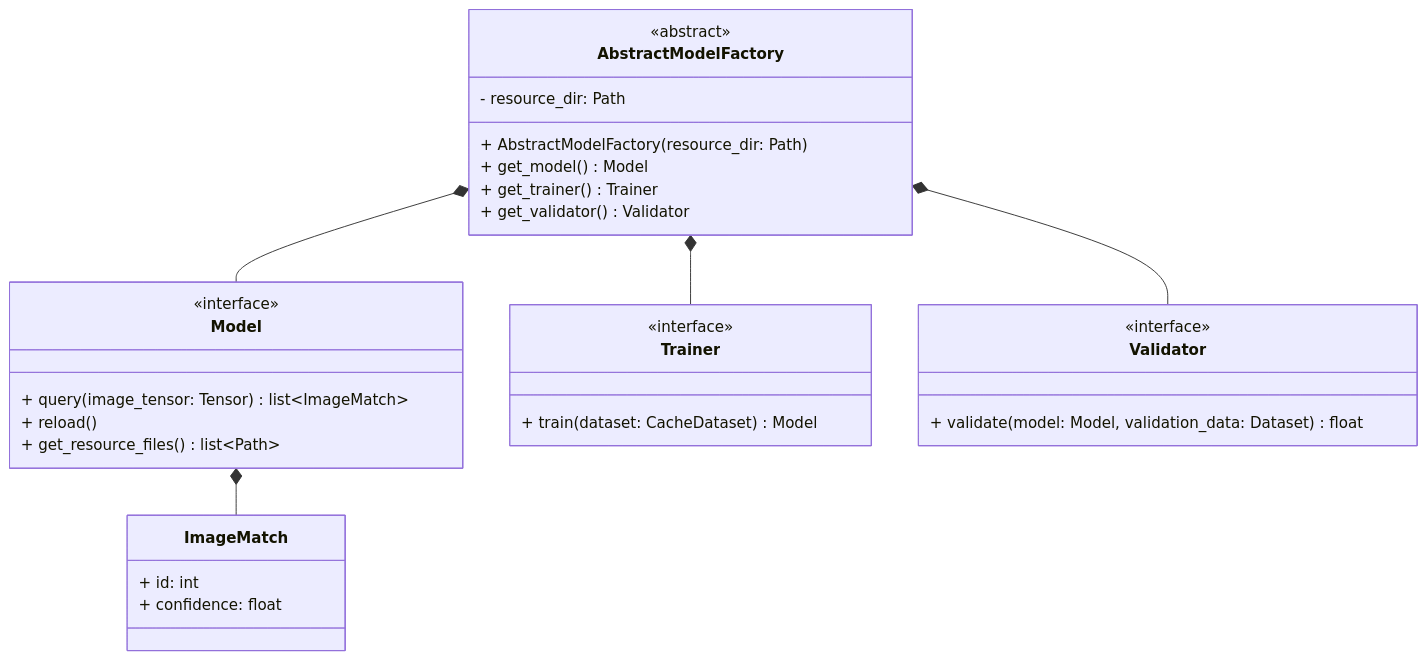
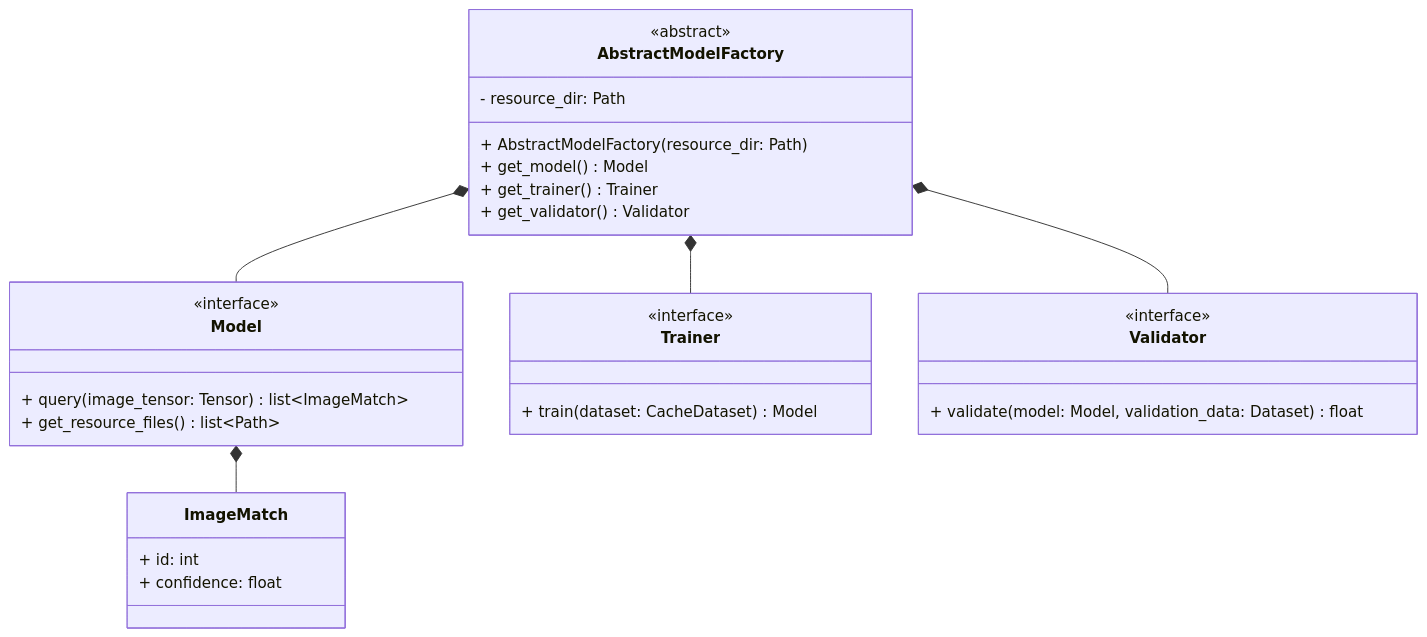
The fifth of 6 diagrams in docs/UML.md (andyblarblar/transferware.ai), drawn with Mermaid before and after one commit. The commit also changed 4 other files, not shown here.

````diff
--- a/docs/UML.md
+++ b/docs/UML.md
@@ -116,38 +116,37 @@
 ```mermaid
 classDiagram
     class ImageMatch {
         + id: int
         + confidence: float
     }
     
     class Model {
         <<interface>>
         + query(image_tensor: Tensor) list~ImageMatch~
-        + reload()
         + get_resource_files() list~Path~
     }
     
     class Trainer {
         <<interface>>
         + train(dataset: CacheDataset) Model
     }
     
     class Validator {
         <<interface>>
         + validate(model: Model, validation_data: Dataset) float
     }
     
     class AbstractModelFactory {
         <<abstract>>
         - resource_dir: Path
         + AbstractModelFactory(resource_dir: Path)
         + get_model() Model
         + get_trainer() Trainer
         + get_validator() Validator
     }
     
     Model *-- ImageMatch
     AbstractModelFactory *-- Model
     AbstractModelFactory *-- Trainer
     AbstractModelFactory *-- Validator
 ```
````
